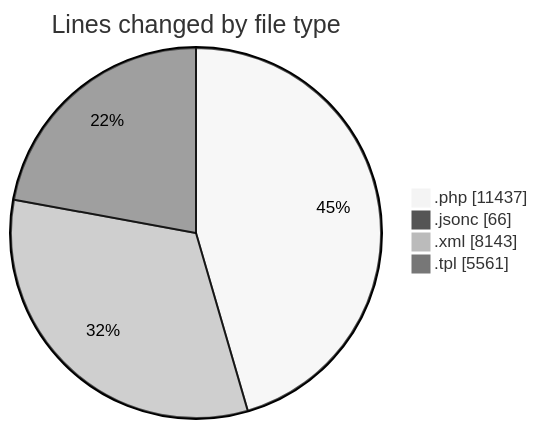
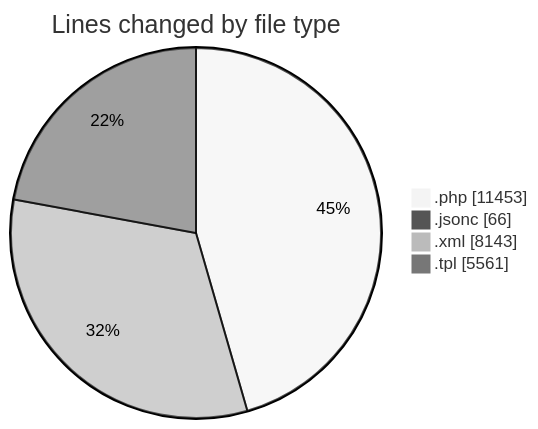
Before and after one commit to vahidmafi/code-tracking: the first of 2 diagrams in 2025-09-06/shop/README.md, drawn with Mermaid (neutral theme). The commit also changed other lines of this file and 1 other file, not shown here.

````diff
--- a/2025-09-06/shop/README.md
+++ b/2025-09-06/shop/README.md
@@ -35,8 +35,8 @@
 ```mermaid
 pie showData
 title Lines changed by file type
-".php" : 11437
+".php" : 11453
 ".jsonc" : 66
 ".xml" : 8143
 ".tpl" : 5561
 ```
````
